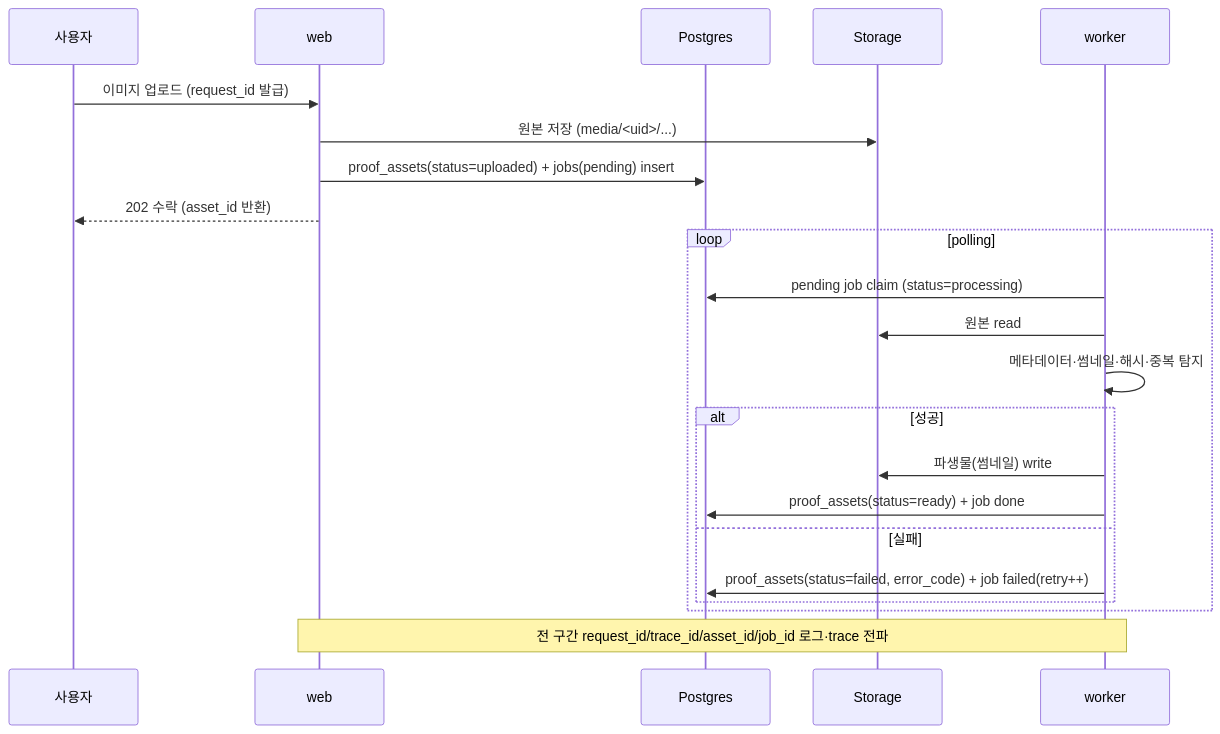
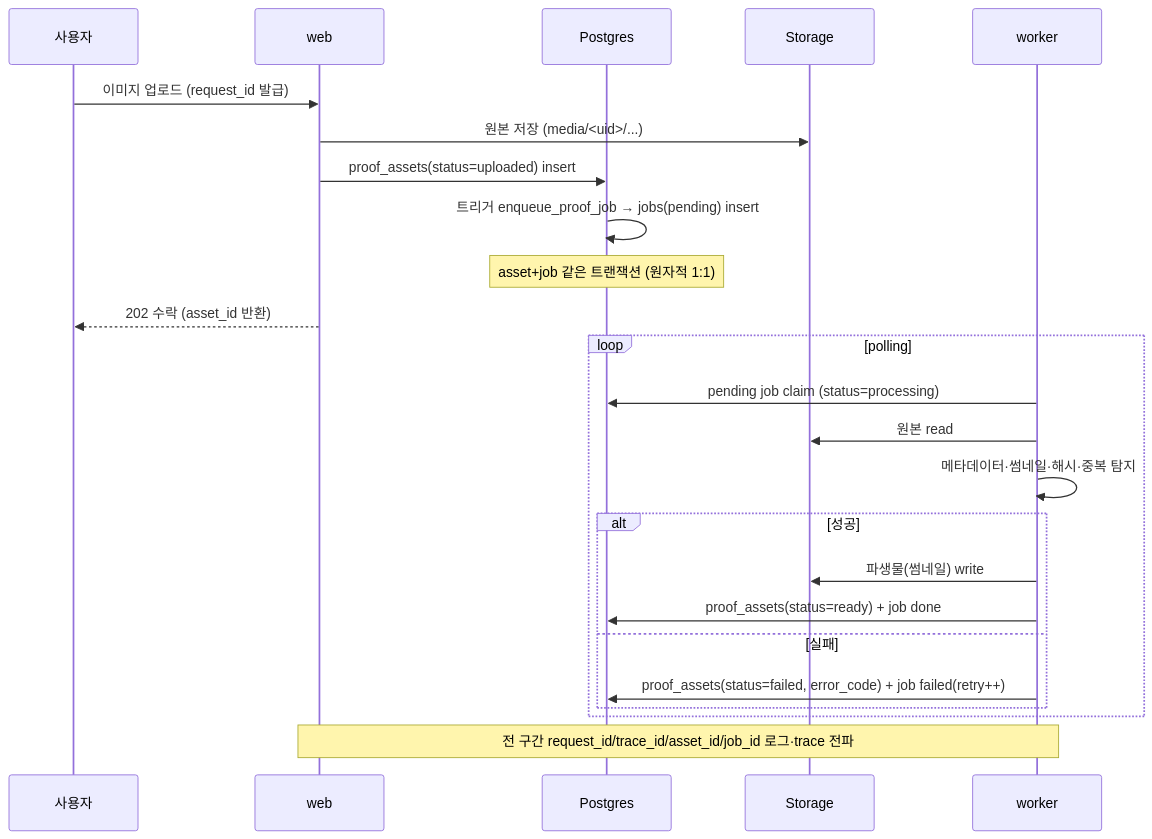
The second of 3 diagrams in docs/architecture/target-architecture.md (ompangyji/dailyproof), drawn with Mermaid before and after one commit. The commit also changed 5 other files, not shown here.

First line of the commit message:
feat: 업로드 시 proof_assets 생성 + 트리거로 job 자동 enqueue

````diff
--- a/docs/architecture/target-architecture.md
+++ b/docs/architecture/target-architecture.md
@@ -74,27 +74,29 @@
 ```mermaid
 sequenceDiagram
     participant U as 사용자
     participant W as web
     participant DB as Postgres
     participant S as Storage
     participant K as worker
 
     U->>W: 이미지 업로드 (request_id 발급)
     W->>S: 원본 저장 (media/<uid>/...)
-    W->>DB: proof_assets(status=uploaded) + jobs(pending) insert
+    W->>DB: proof_assets(status=uploaded) insert
+    DB->>DB: 트리거 enqueue_proof_job → jobs(pending) insert
+    Note over DB: asset+job 같은 트랜잭션 (원자적 1:1)
     W-->>U: 202 수락 (asset_id 반환)
 
     loop polling
         K->>DB: pending job claim (status=processing)
         K->>S: 원본 read
         K->>K: 메타데이터·썸네일·해시·중복 탐지
         alt 성공
             K->>S: 파생물(썸네일) write
             K->>DB: proof_assets(status=ready) + job done
         else 실패
             K->>DB: proof_assets(status=failed, error_code) + job failed(retry++)
         end
     end
 
     Note over W,K: 전 구간 request_id/trace_id/asset_id/job_id 로그·trace 전파
 ```
````
